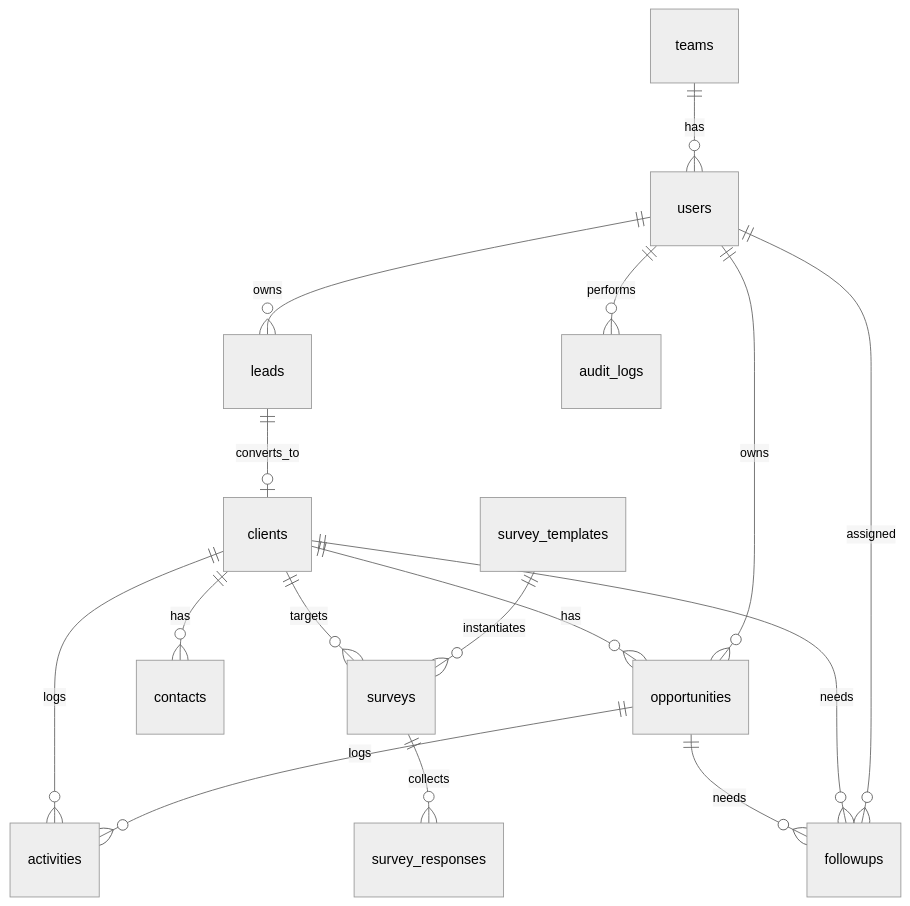
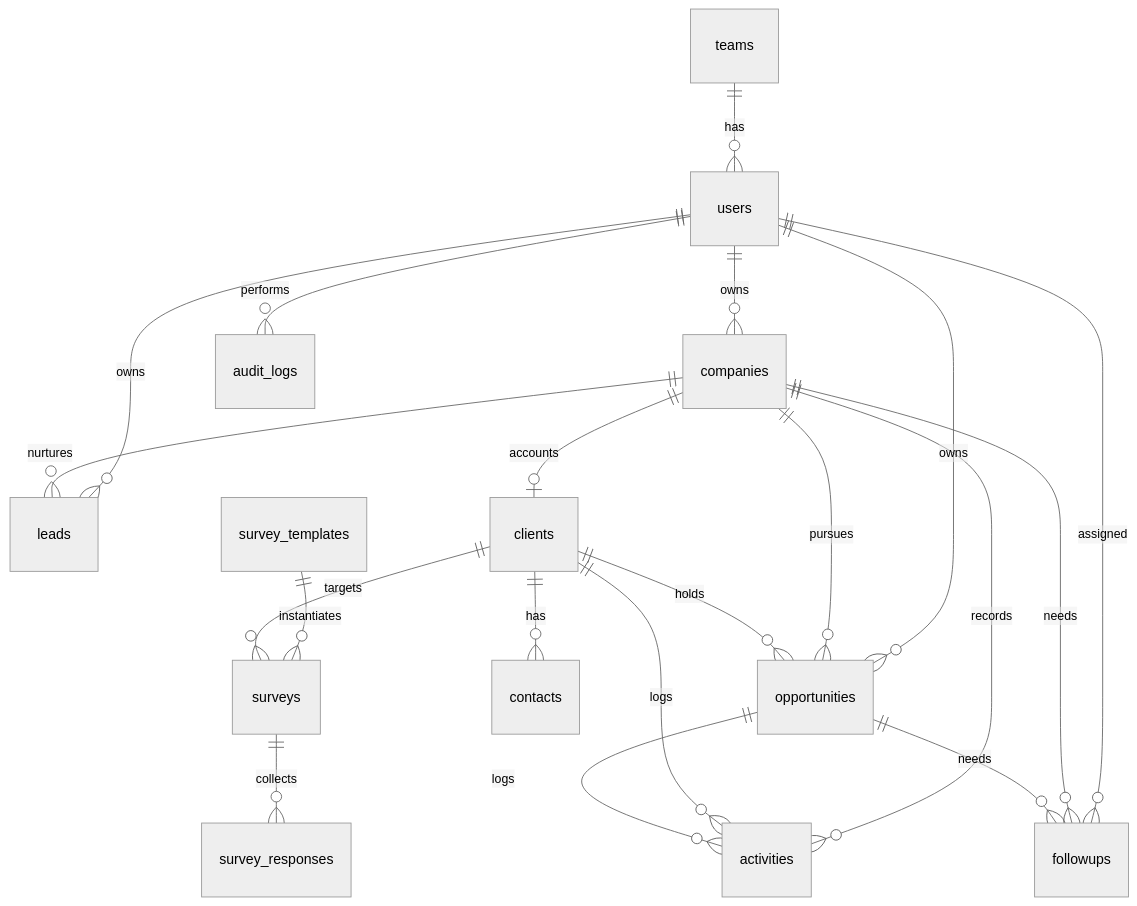
One commit to richardluyangborja/crm-dept-primepower-manpower-services changed the diagram in specs/03-data-model.md. Above: the diagram before and after it, drawn with Mermaid (neutral theme). The commit also changed other lines of this file and 5 other files, not shown here.

````diff
--- a/specs/03-data-model.md
+++ b/specs/03-data-model.md
@@ -4,18 +4,22 @@
 ```mermaid
 erDiagram
+  users ||--o{ companies : owns
   users ||--o{ leads : owns
   users ||--o{ opportunities : owns
   users ||--o{ followups : assigned
   teams ||--o{ users : has
-  leads ||--o| clients : converts_to
+  companies ||--o{ leads : nurtures
+  companies ||--o| clients : accounts
+  companies ||--o{ opportunities : pursues
+  companies ||--o{ activities : records
+  companies ||--o{ followups : needs
   clients ||--o{ contacts : has
-  clients ||--o{ opportunities : has
+  clients ||--o{ opportunities : holds
+  clients ||--o{ activities : logs
   opportunities ||--o{ activities : logs
-  clients ||--o{ activities : logs
+  opportunities ||--o{ followups : needs
   survey_templates ||--o{ surveys : instantiates
   clients ||--o{ surveys : targets
   surveys ||--o{ survey_responses : collects
-  clients ||--o{ followups : needs
-  opportunities ||--o{ followups : needs
   users ||--o{ audit_logs : performs
 ```
````
